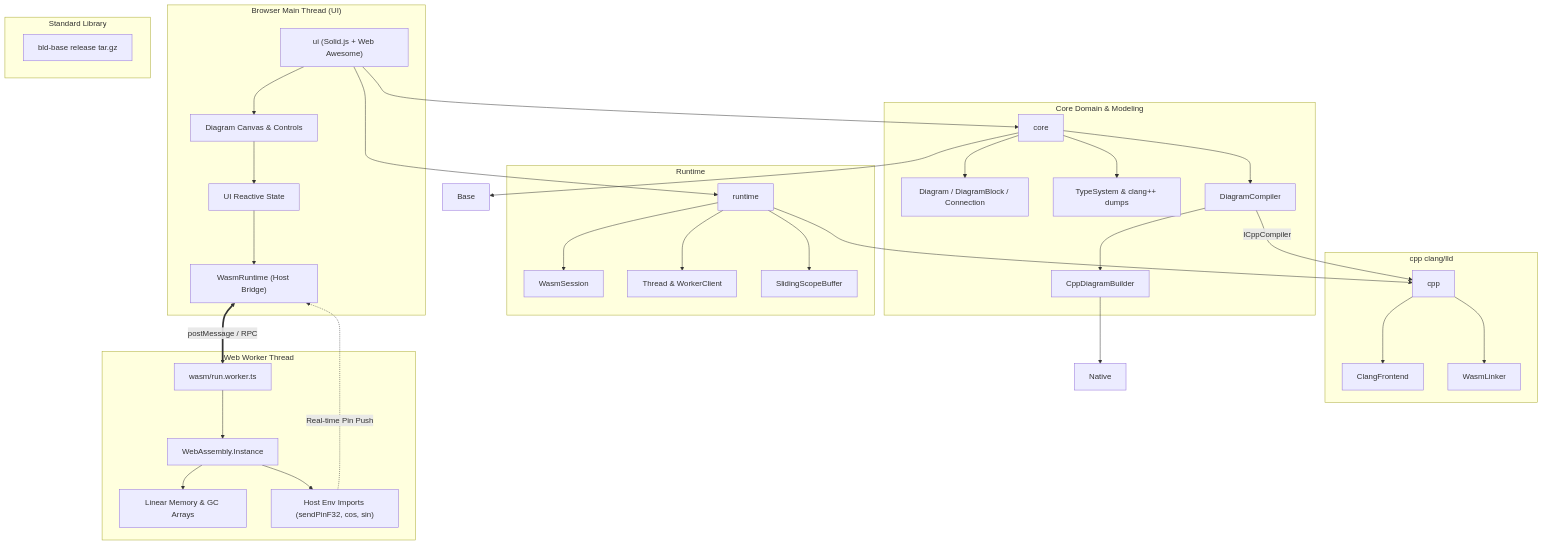
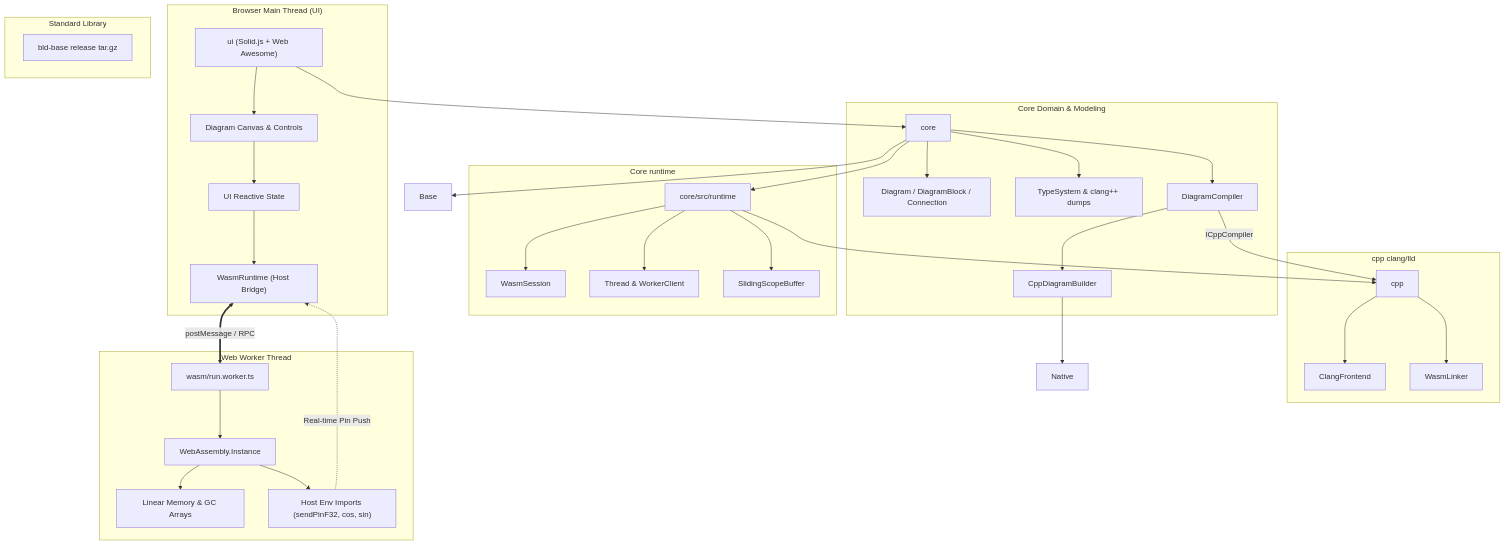
Before and after one commit to dzmauchy/bld: the first of 5 diagrams in README.md, drawn with Mermaid. The commit also changed other lines of this file and 29 other files, not shown here.

First line of the commit message:
Move the runtime package into core (#59)

````diff
--- a/README.md
+++ b/README.md
@@ -88,69 +86,69 @@
 ```mermaid
 graph TD
     subgraph BrowserUI["Browser Main Thread (UI)"]
         UI["ui (Solid.js + Web Awesome)"]
         Canvas["Diagram Canvas & Controls"]
         UIState["UI Reactive State"]
         WasmRT["WasmRuntime (Host Bridge)"]
         
         UI --> Canvas
         Canvas --> UIState
         UIState --> WasmRT
     end
 
     subgraph CoreDomain["Core Domain & Modeling"]
         Core["core"]
         Diag["Diagram / DiagramBlock / Connection"]
         TS["TypeSystem & clang++ dumps"]
         CompilerFacade["DiagramCompiler"]
         Builder["CppDiagramBuilder"]
 
         Core --> Diag
         Core --> TS
         Core --> CompilerFacade
         CompilerFacade --> Builder
     end
 
-    subgraph RuntimePackage["Runtime"]
-        Runtime["runtime"]
+    subgraph RuntimePackage["Core runtime"]
+        Runtime["core/src/runtime"]
         Session["WasmSession"]
         ThreadMod["Thread & WorkerClient"]
         Buffers["SlidingScopeBuffer"]
 
         Runtime --> Session
         Runtime --> ThreadMod
         Runtime --> Buffers
     end
 
     subgraph BaseLib["Standard Library"]
         Release["bld-base release tar.gz"]
     end
 
     subgraph CppPkg["cpp clang/lld"]
         Cpp["cpp"]
         Clang["ClangFrontend"]
         Lld["WasmLinker"]
         Cpp --> Clang
         Cpp --> Lld
     end
 
     subgraph WorkerEnv["Web Worker Thread"]
         WorkerEntry["wasm/run.worker.ts"]
         WasmInst["WebAssembly.Instance"]
         SharedMem["Linear Memory & GC Arrays"]
         EnvBridge["Host Env Imports (sendPinF32, cos, sin)"]
 
         WorkerEntry --> WasmInst
         WasmInst --> SharedMem
         WasmInst --> EnvBridge
     end
 
     UI --> Core
-    UI --> Runtime
+    Core --> Runtime
     Core --> Base
     Runtime --> Cpp
     CompilerFacade -->|"ICppCompiler"| Cpp
     Builder --> Native
     WasmRT <==>|"postMessage / RPC"| WorkerEntry
     EnvBridge -.->|"Real-time Pin Push"| WasmRT
 ```
````
